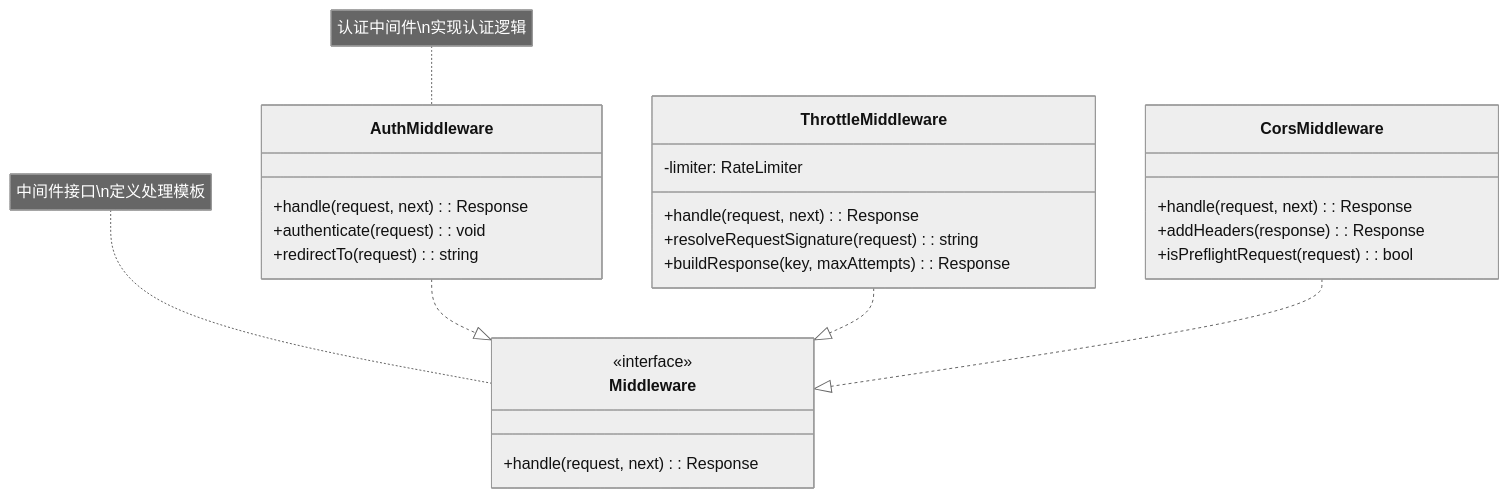
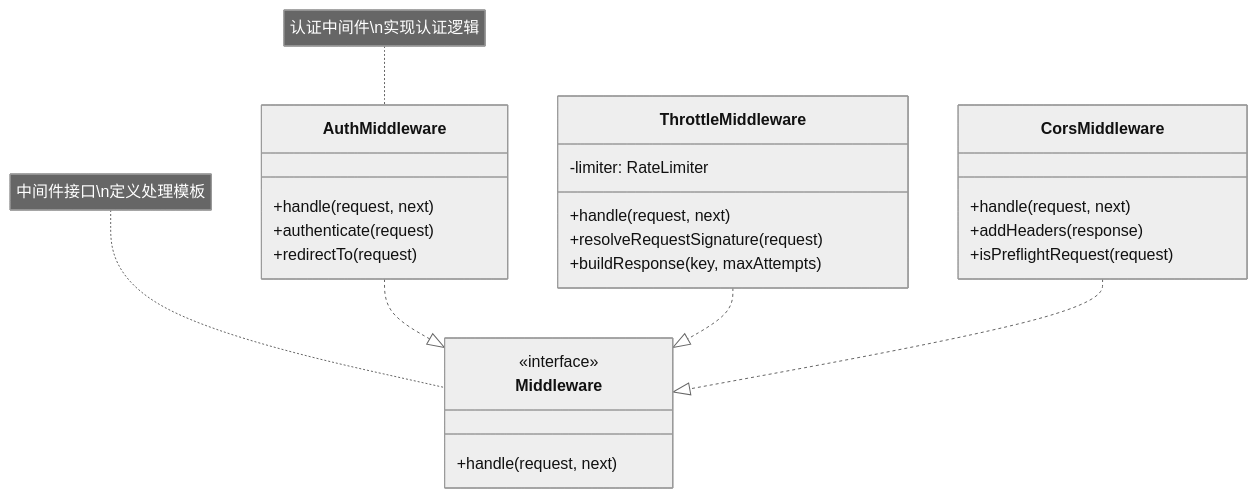
Before and after one commit to fanly/DesignPattern: the fifth of 7 diagrams in resources/design-patterns/laravel/behavioral/template_method_zh.md, drawn with Mermaid (neutral theme). The commit also changed other lines of this file and 103 other files, not shown here.

````diff
--- a/resources/design-patterns/laravel/behavioral/template_method_zh.md
+++ b/resources/design-patterns/laravel/behavioral/template_method_zh.md
@@ -151,33 +151,33 @@
 ```mermaid
 classDiagram
     class Middleware {
         <<interface>>
-        +handle(request, next): Response
+        +handle(request, next)
     }
     
     class AuthMiddleware {
-        +handle(request, next): Response
-        +authenticate(request): void
-        +redirectTo(request): string
+        +handle(request, next)
+        +authenticate(request)
+        +redirectTo(request)
     }
     
     class ThrottleMiddleware {
         -limiter: RateLimiter
-        +handle(request, next): Response
-        +resolveRequestSignature(request): string
-        +buildResponse(key, maxAttempts): Response
+        +handle(request, next)
+        +resolveRequestSignature(request)
+        +buildResponse(key, maxAttempts)
     }
     
     class CorsMiddleware {
-        +handle(request, next): Response
-        +addHeaders(response): Response
-        +isPreflightRequest(request): bool
+        +handle(request, next)
+        +addHeaders(response)
+        +isPreflightRequest(request)
     }
     
     AuthMiddleware ..|> Middleware
     ThrottleMiddleware ..|> Middleware
     CorsMiddleware ..|> Middleware
     
     note for Middleware "中间件接口\n定义处理模板"
     note for AuthMiddleware "认证中间件\n实现认证逻辑"
 ```
````
